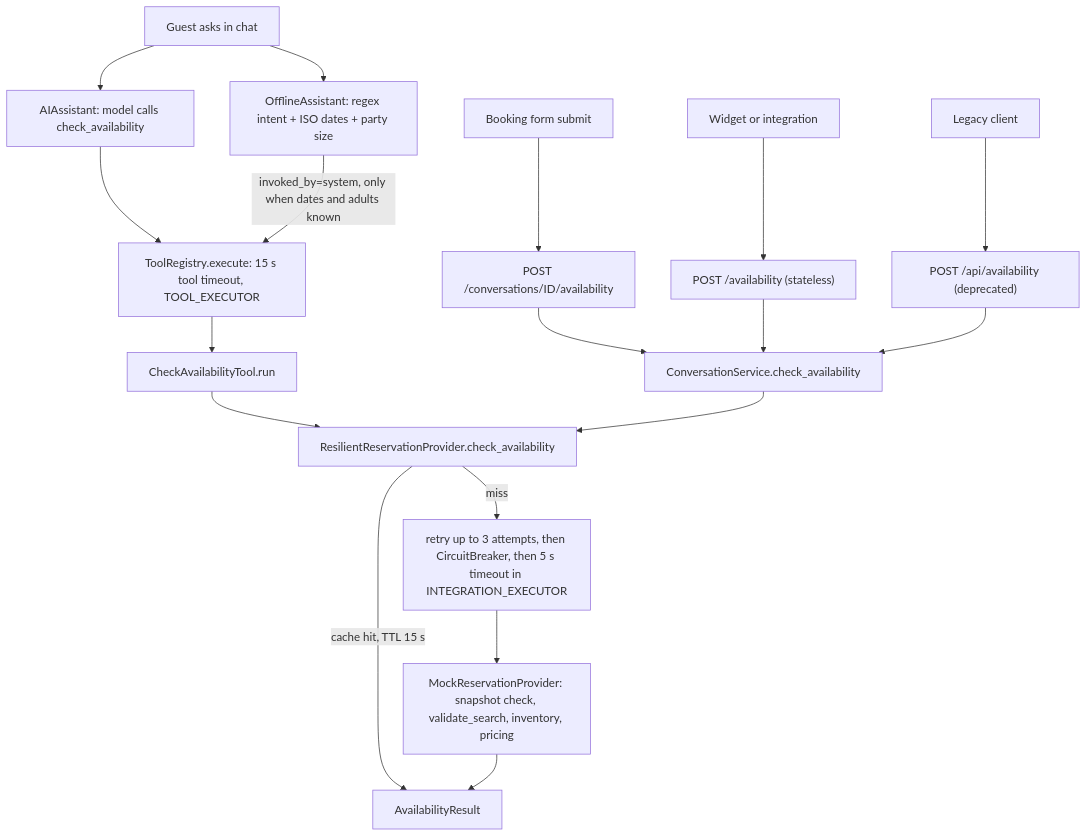
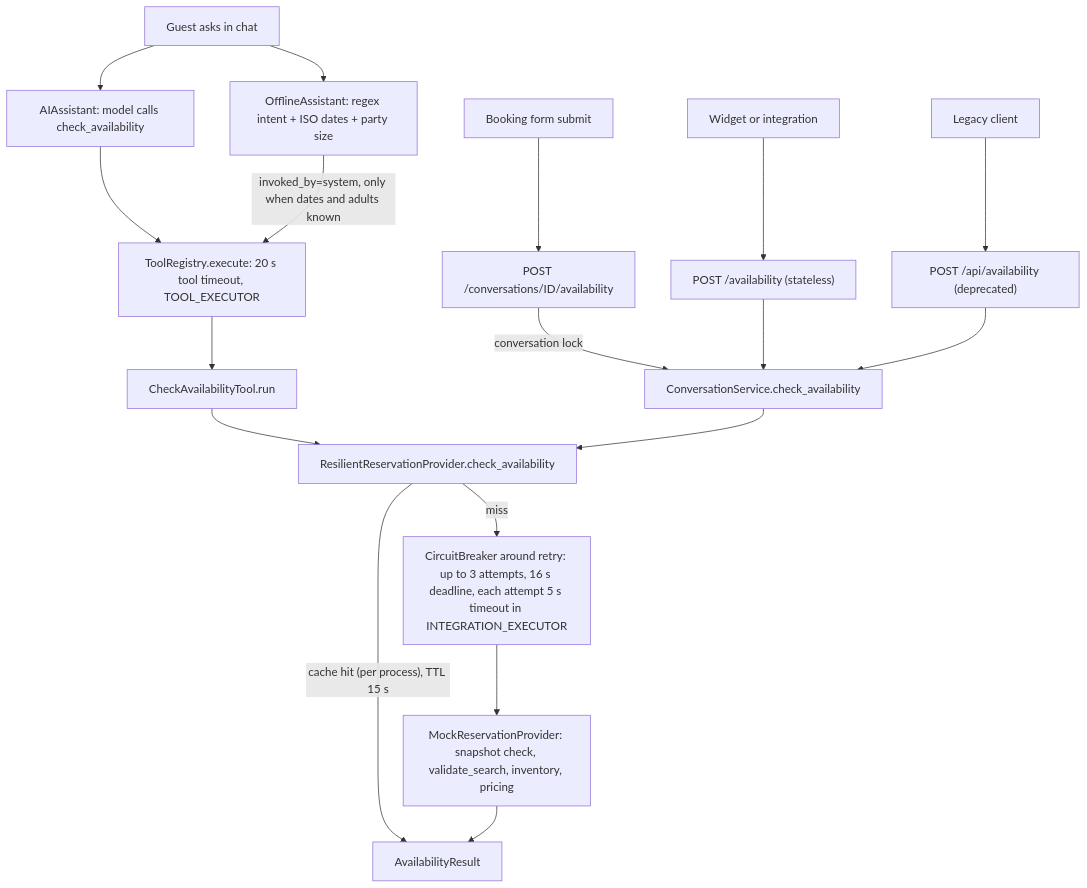
The fourth of 10 diagrams in docs/SYSTEM_DESIGN.md (chandu0580/simplotel-agent), drawn with Mermaid before and after one commit. The commit also changed other lines of this file and 112 other files, not shown here.

````diff
--- a/docs/SYSTEM_DESIGN.md
+++ b/docs/SYSTEM_DESIGN.md
@@ -213,20 +249,20 @@
 ```mermaid
 flowchart TD
     A["Guest asks in chat"] --> M["AIAssistant: model calls check_availability"]
     A --> O["OfflineAssistant: regex intent + ISO dates + party size"]
-    M --> TR["ToolRegistry.execute: 15 s tool timeout, TOOL_EXECUTOR"]
+    M --> TR["ToolRegistry.execute: 20 s tool timeout, TOOL_EXECUTOR"]
     O -->|"invoked_by=system, only when dates and adults known"| TR
     TR --> CAT["CheckAvailabilityTool.run"]
     F["Booking form submit"] --> CE["POST /conversations/ID/availability"]
     W["Widget or integration"] --> SE["POST /availability (stateless)"]
     L["Legacy client"] --> LE["POST /api/availability (deprecated)"]
-    CE --> CSA["ConversationService.check_availability"]
+    CE -->|"conversation lock"| CSA["ConversationService.check_availability"]
     SE --> CSA
     LE --> CSA
     CAT --> RRP["ResilientReservationProvider.check_availability"]
     CSA --> RRP
-    RRP -->|"cache hit, TTL 15 s"| RES["AvailabilityResult"]
-    RRP -->|"miss"| BR["retry up to 3 attempts, then CircuitBreaker, then 5 s timeout in INTEGRATION_EXECUTOR"]
+    RRP -->|"cache hit (per process), TTL 15 s"| RES["AvailabilityResult"]
+    RRP -->|"miss"| BR["CircuitBreaker around retry: up to 3 attempts, 16 s deadline, each attempt 5 s timeout in INTEGRATION_EXECUTOR"]
     BR --> MOCK["MockReservationProvider: snapshot check, validate_search, inventory, pricing"]
     MOCK --> RES
 ```
````
